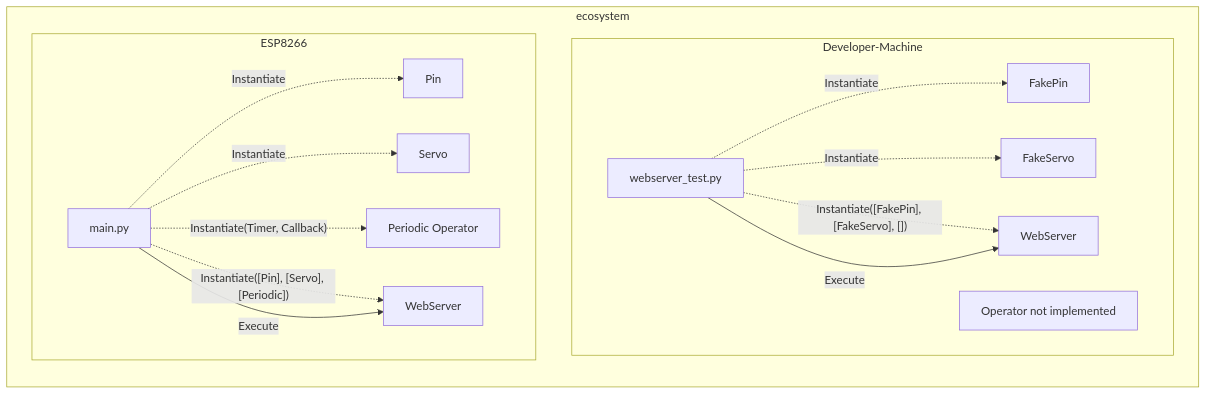
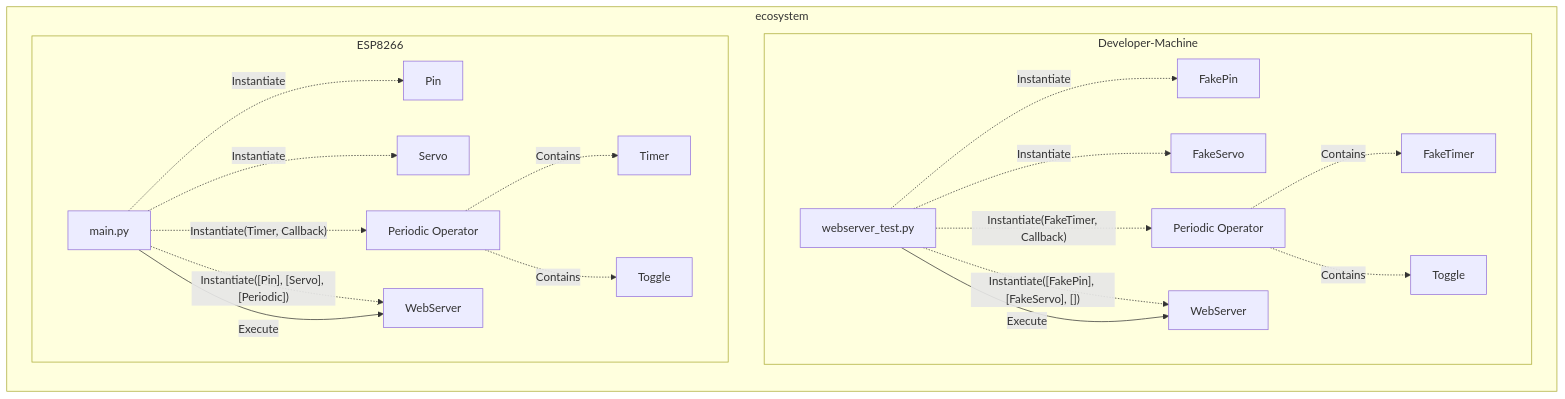
One commit to freemansoft/ESP8266-MicroPython changed the second of 6 diagrams in README.md. Above: the diagram before and after it, drawn with Mermaid. The commit also changed other lines of this file and 2 other files, not shown here.

Commit message:
Added fake timer class to test UI on dev machine

````diff
--- a/README.md
+++ b/README.md
@@ -99,31 +99,42 @@
 ```mermaid
 graph LR;
     subgraph ecosystem
         subgraph Developer-Machine
             webserver_test.py
             WebServer-Dev[WebServer]
             FakePin
             FakeServo
-            FakePeriodicOperator[Operator not implemented]
+            PeriodicOperatorF[Periodic Operator]
+            FakeTimer
+            ToggleF[Toggle]
         end
         subgraph ESP8266
             main.py
             WebServer-ESP[WebServer]
             Pin
             Servo
             PeriodicOperator[Periodic Operator]
+            Timer
+            Toggle
         end
     end
 
-    webserver_test.py -.->|Instantiate|FakePin
-    webserver_test.py -.->|Instantiate|FakeServo
+    webserver_test.py -.->|"Instantiate"|FakePin
+    webserver_test.py -.->|"Instantiate"|FakeServo
+    webserver_test.py -.->|"Instantiate(FakeTimer, Callback)"|PeriodicOperatorF
     webserver_test.py -.->|"Instantiate([FakePin], [FakeServo], [])"|WebServer-Dev
     webserver_test.py --> |"Execute"|WebServer-Dev
+
+    PeriodicOperatorF -.->|Contains| FakeTimer
+    PeriodicOperatorF -.->|Contains|ToggleF
 
     main.py -.->|"Instantiate"| Pin
     main.py -.->|"Instantiate"| Servo
     main.py -.->|"Instantiate(Timer, Callback)"| PeriodicOperator
     main.py -.->|"Instantiate([Pin], [Servo], [Periodic])"| WebServer-ESP
     main.py --> |"Execute"| WebServer-ESP
 
+    PeriodicOperator -.->|Contains| Timer
+    PeriodicOperator -.->|Contains| Toggle
+
 ```
````
